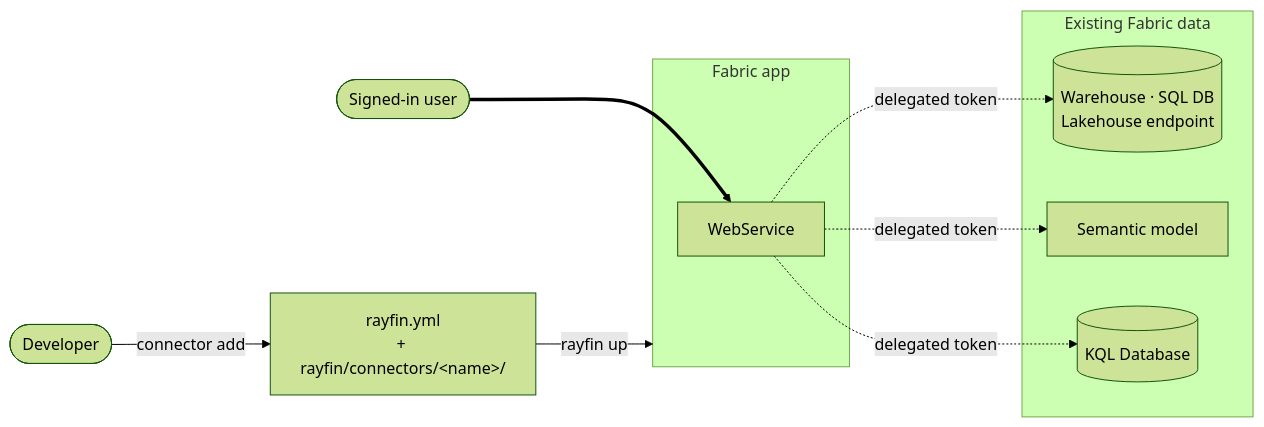
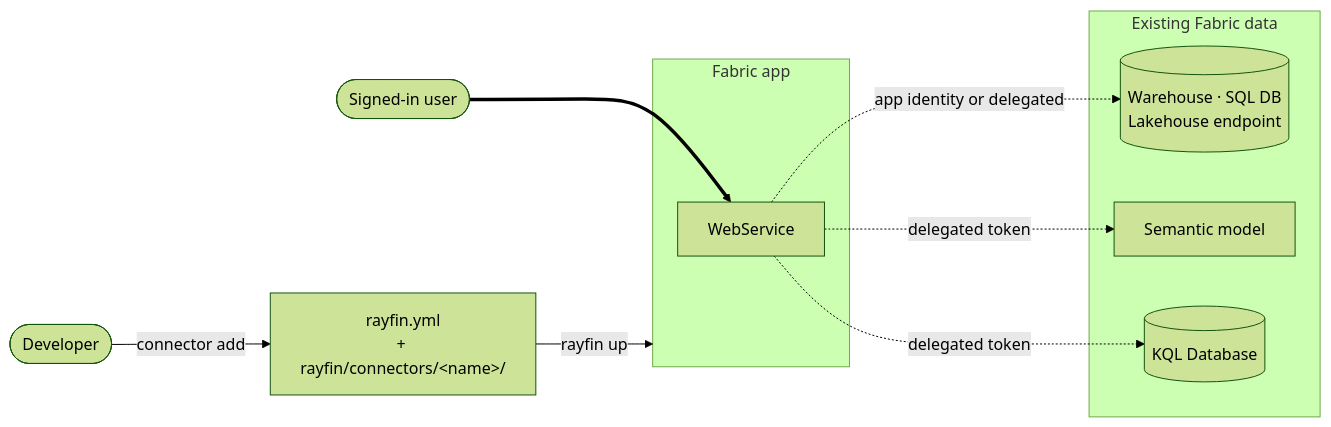
One commit to spatney/rayfin-docs changed the diagram in content/docs/connectors/index.mdx. Above: the diagram before and after it, drawn with Mermaid (forest theme). The commit also changed other lines of this file and 94 other files, not shown here.

````diff
--- a/content/docs/connectors/index.mdx
+++ b/content/docs/connectors/index.mdx
@@ -78,25 +72,25 @@
 ```mermaid
 flowchart LR
   Dev(["Developer"]) -->|"connector add"| YML["rayfin.yml<br/>+ rayfin/connectors/&lt;name&gt;/"]
   YML -->|"rayfin up"| App
 
   subgraph App["Fabric app"]
     Web["WebService"]
   end
 
   subgraph Sources["Existing Fabric data"]
     SQL[("Warehouse · SQL DB<br/>Lakehouse endpoint")]
     Model["Semantic model"]
     KQL[("KQL Database")]
   end
 
   User(["Signed-in user"]) ==> Web
-  Web -.->|"delegated token"| SQL
+  Web -.->|"app identity or delegated"| SQL
   Web -.->|"delegated token"| Model
   Web -.->|"delegated token"| KQL
 
   class Dev,User actor
   class Web,YML service
   class SQL,KQL store
   class Model external
 ```
````
